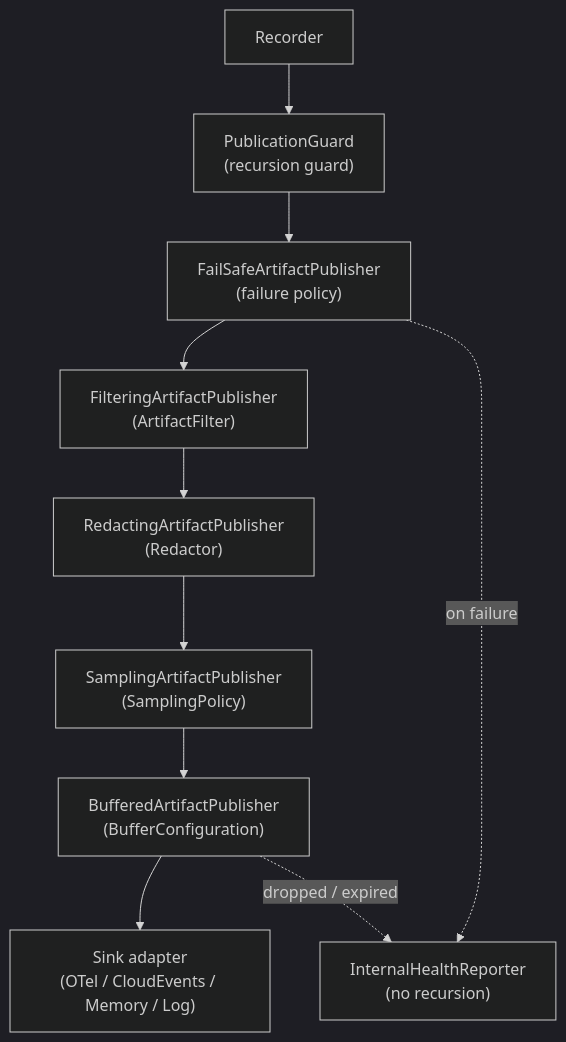
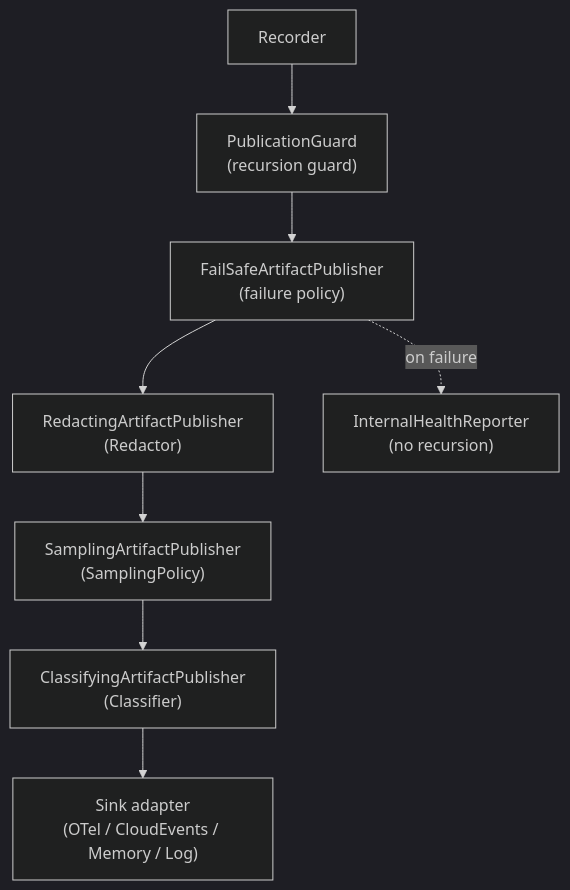
One commit to it-pack/run-it changed the diagram in docs/architecture/publication.md. Above: the diagram before and after it, drawn with Mermaid (dark theme). The commit also changed other lines of this file and 13 other files, not shown here.

````diff
--- a/docs/architecture/publication.md
+++ b/docs/architecture/publication.md
@@ -28,12 +29,10 @@
 ```mermaid
 flowchart TD;
     Recorder["Recorder"] --> Guard["PublicationGuard<br/>(recursion guard)"];
     Guard --> FailSafe["FailSafeArtifactPublisher<br/>(failure policy)"];
-    FailSafe --> Filter["FilteringArtifactPublisher<br/>(ArtifactFilter)"];
-    Filter --> Redact["RedactingArtifactPublisher<br/>(Redactor)"];
+    FailSafe --> Redact["RedactingArtifactPublisher<br/>(Redactor)"];
     Redact --> Sample["SamplingArtifactPublisher<br/>(SamplingPolicy)"];
-    Sample --> Buffer["BufferedArtifactPublisher<br/>(BufferConfiguration)"];
-    Buffer --> Sink["Sink adapter<br/>(OTel / CloudEvents / Memory / Log)"];
+    Sample --> Classify["ClassifyingArtifactPublisher<br/>(Classifier)"];
+    Classify --> Sink["Sink adapter<br/>(OTel / CloudEvents / Memory / Log)"];
     FailSafe -. "on failure" .-> Health["InternalHealthReporter<br/>(no recursion)"];
-    Buffer -. "dropped / expired" .-> Health;
 ```
````
